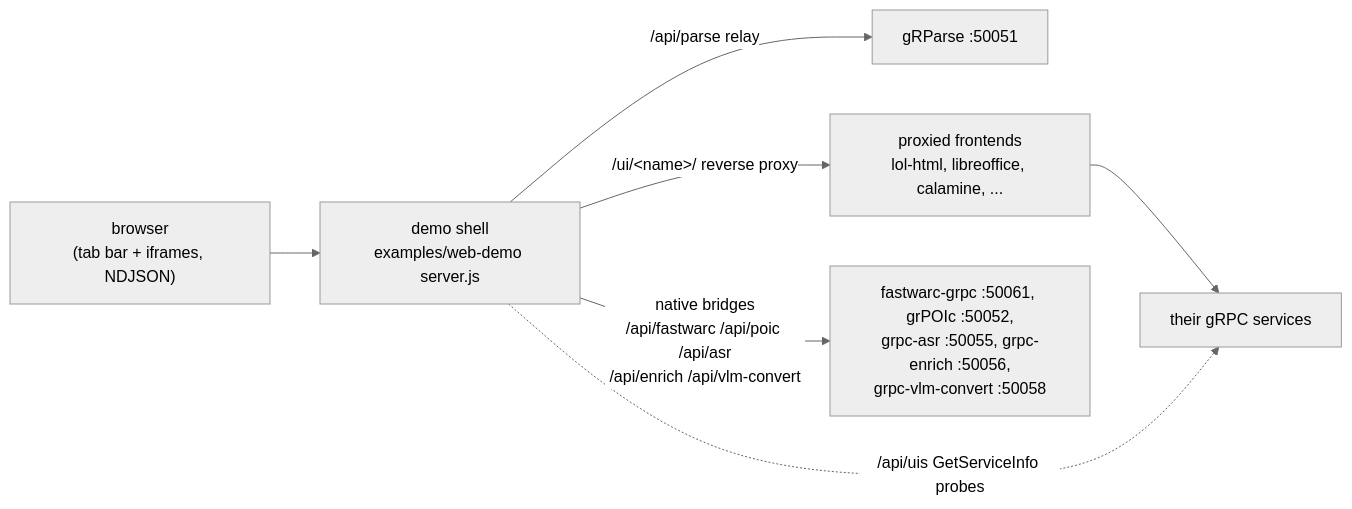
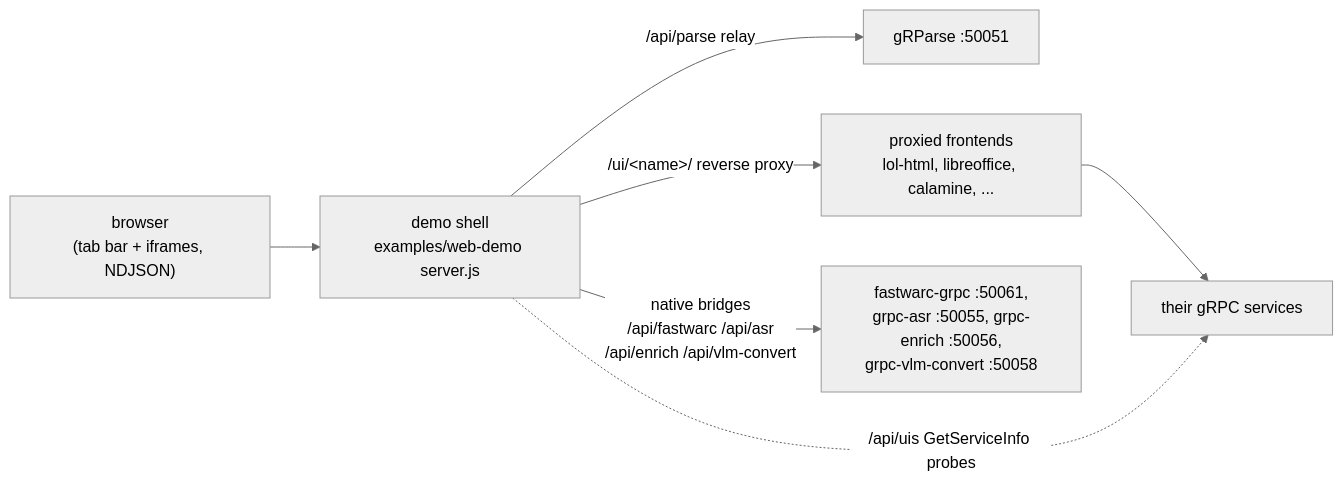
The second of 2 diagrams in README.md (ai-pipestream/gRParse), drawn with Mermaid (neutral theme) before and after one commit. The commit also changed other lines of this file and 42 other files, not shown here.

````diff
--- a/README.md
+++ b/README.md
@@ -42,9 +42,9 @@
 ```mermaid
 flowchart LR
     browser["browser<br/>(tab bar + iframes, NDJSON)"] --> shell["demo shell<br/>examples/web-demo server.js"]
     shell -- "/api/parse relay" --> grparse["gRParse :50051"]
     shell -- "/ui/&lt;name&gt;/ reverse proxy" --> proxied["proxied frontends<br/>lol-html, libreoffice, calamine, ..."]
     proxied --> theirs["their gRPC services"]
-    shell -- "native bridges<br/>/api/fastwarc /api/poic /api/asr<br/>/api/enrich /api/vlm-convert" --> native["fastwarc-grpc :50061, grPOIc :50052,<br/>grpc-asr :50055, grpc-enrich :50056,<br/>grpc-vlm-convert :50058"]
+    shell -- "native bridges<br/>/api/fastwarc /api/asr<br/>/api/enrich /api/vlm-convert" --> native["fastwarc-grpc :50061,<br/>grpc-asr :50055, grpc-enrich :50056,<br/>grpc-vlm-convert :50058"]
     shell -. "/api/uis GetServiceInfo probes" .-> theirs
 ```
````
